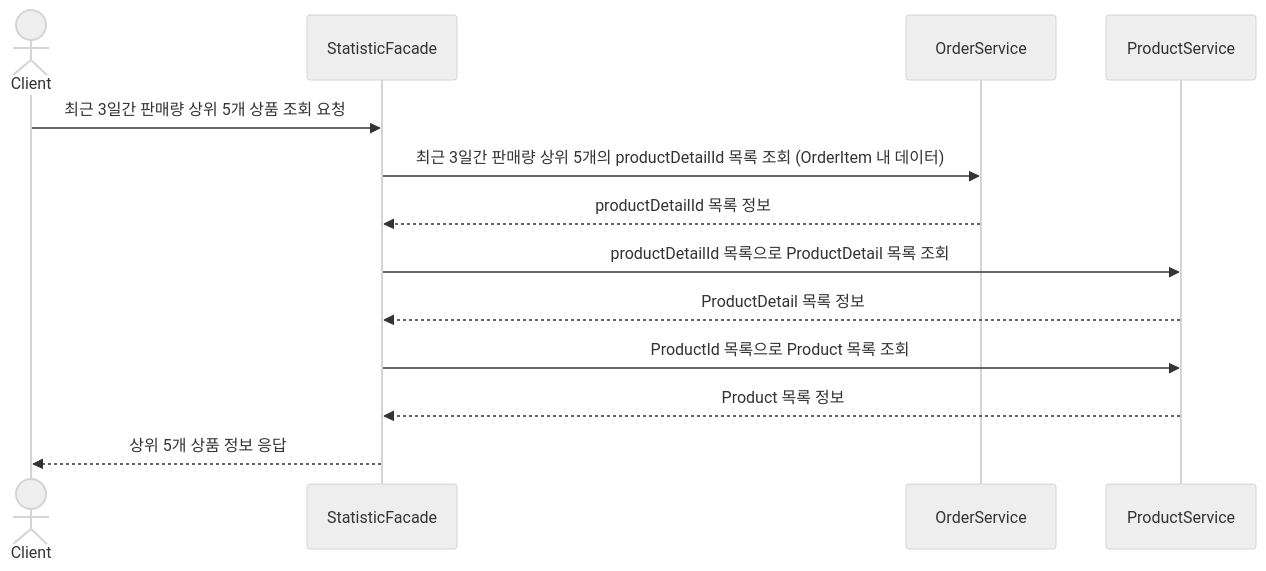
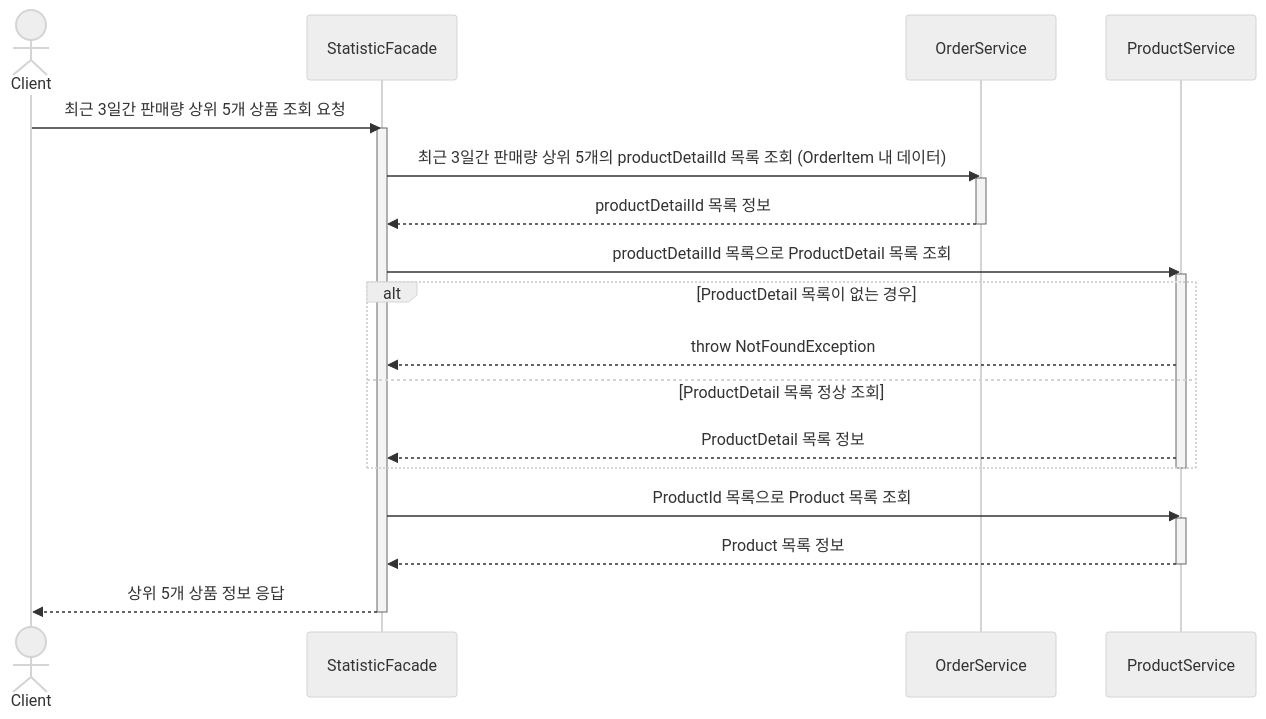
The seventh of 10 diagrams in docs/SEQUENCE_DIAGRAM.md (lgm1007/hhplus_ecommerce), drawn with Mermaid (neutral theme) before and after one commit. The commit also changed other lines of this file, not shown here.

Commit message:
docs: 시퀀스 다이어그램 내용 수정

````diff
--- a/docs/SEQUENCE_DIAGRAM.md
+++ b/docs/SEQUENCE_DIAGRAM.md
@@ -177,16 +219,28 @@
 ```mermaid
 sequenceDiagram
     actor Client
     participant StatisticFacade
     participant OrderService
     participant ProductService
 
     Client ->> StatisticFacade: 최근 3일간 판매량 상위 5개 상품 조회 요청
+    activate StatisticFacade
     StatisticFacade ->> OrderService: 최근 3일간 판매량 상위 5개의 productDetailId 목록 조회 (OrderItem 내 데이터)
+    activate OrderService
     OrderService -->> StatisticFacade: productDetailId 목록 정보
+    deactivate OrderService
     StatisticFacade ->> ProductService: productDetailId 목록으로 ProductDetail 목록 조회
-    ProductService -->> StatisticFacade: ProductDetail 목록 정보
+    activate ProductService
+    alt ProductDetail 목록이 없는 경우
+        ProductService -->> StatisticFacade: throw NotFoundException
+    else ProductDetail 목록 정상 조회
+        ProductService -->> StatisticFacade: ProductDetail 목록 정보
+    end
+    deactivate ProductService
     StatisticFacade ->> ProductService: ProductId 목록으로 Product 목록 조회
+    activate ProductService
     ProductService -->> StatisticFacade: Product 목록 정보
+    deactivate ProductService
     StatisticFacade -->> Client: 상위 5개 상품 정보 응답
+    deactivate StatisticFacade
 ```
````
